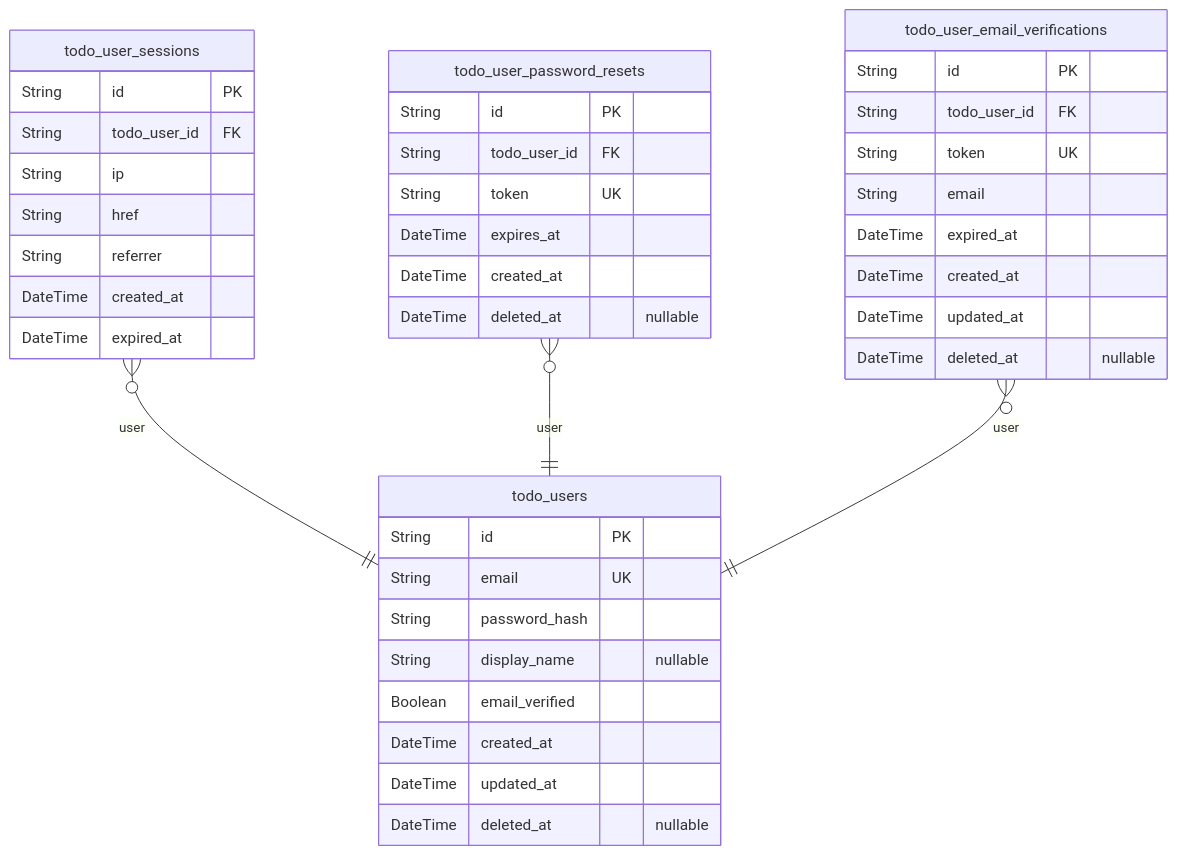
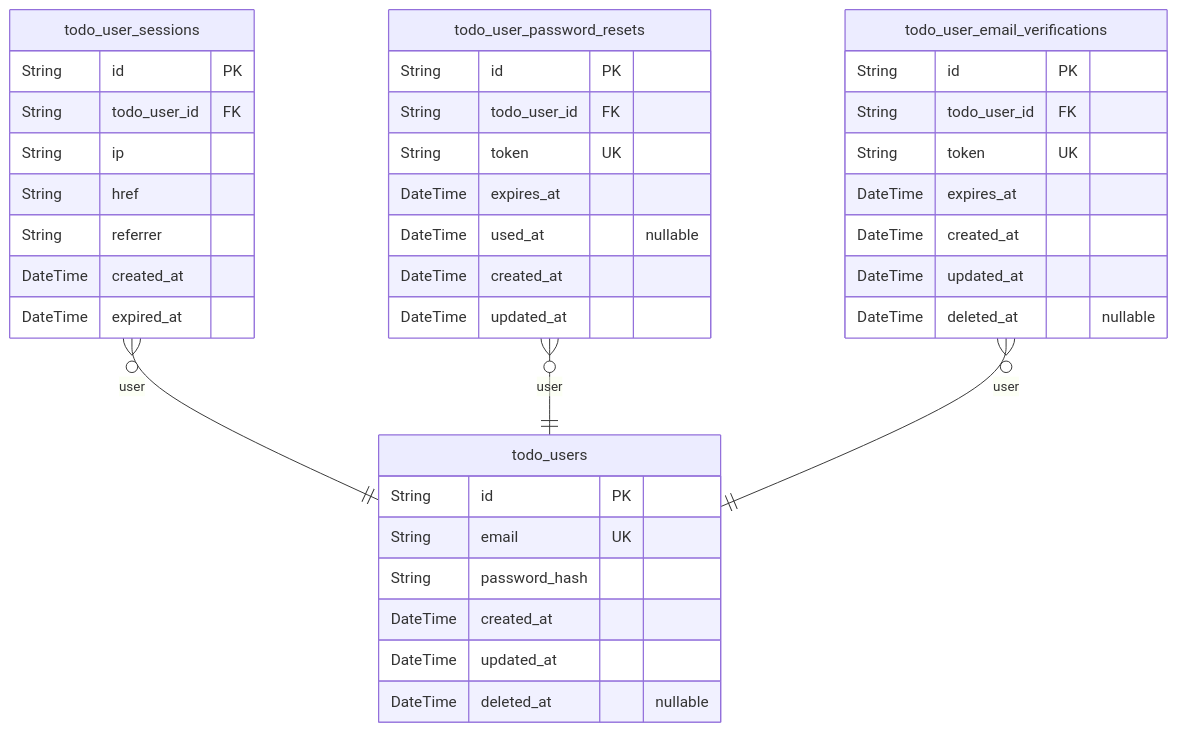
Before and after one commit to wrtnlabs/autobe-examples: the first of 4 diagrams in qwen/qwen3-30b-a3b-thinking-2507/todo/docs/ERD.md, drawn with Mermaid. The commit also changed other lines of this file and 11104 other files, not shown here.

````diff
--- a/qwen/qwen3-30b-a3b-thinking-2507/todo/docs/ERD.md
+++ b/qwen/qwen3-30b-a3b-thinking-2507/todo/docs/ERD.md
@@ -10,43 +12,41 @@
 ```mermaid
 erDiagram
 "todo_users" {
   String id PK
   String email UK
   String password_hash
-  String display_name "nullable"
-  Boolean email_verified
   DateTime created_at
   DateTime updated_at
   DateTime deleted_at "nullable"
 }
 "todo_user_sessions" {
   String id PK
   String todo_user_id FK
   String ip
   String href
   String referrer
   DateTime created_at
   DateTime expired_at
 }
 "todo_user_password_resets" {
   String id PK
   String todo_user_id FK
   String token UK
   DateTime expires_at
+  DateTime used_at "nullable"
   DateTime created_at
-  DateTime deleted_at "nullable"
+  DateTime updated_at
 }
 "todo_user_email_verifications" {
   String id PK
   String todo_user_id FK
   String token UK
-  String email
-  DateTime expired_at
+  DateTime expires_at
   DateTime created_at
   DateTime updated_at
   DateTime deleted_at "nullable"
 }
 "todo_user_sessions" }o--|| "todo_users" : user
 "todo_user_password_resets" }o--|| "todo_users" : user
 "todo_user_email_verifications" }o--|| "todo_users" : user
 ```
````
